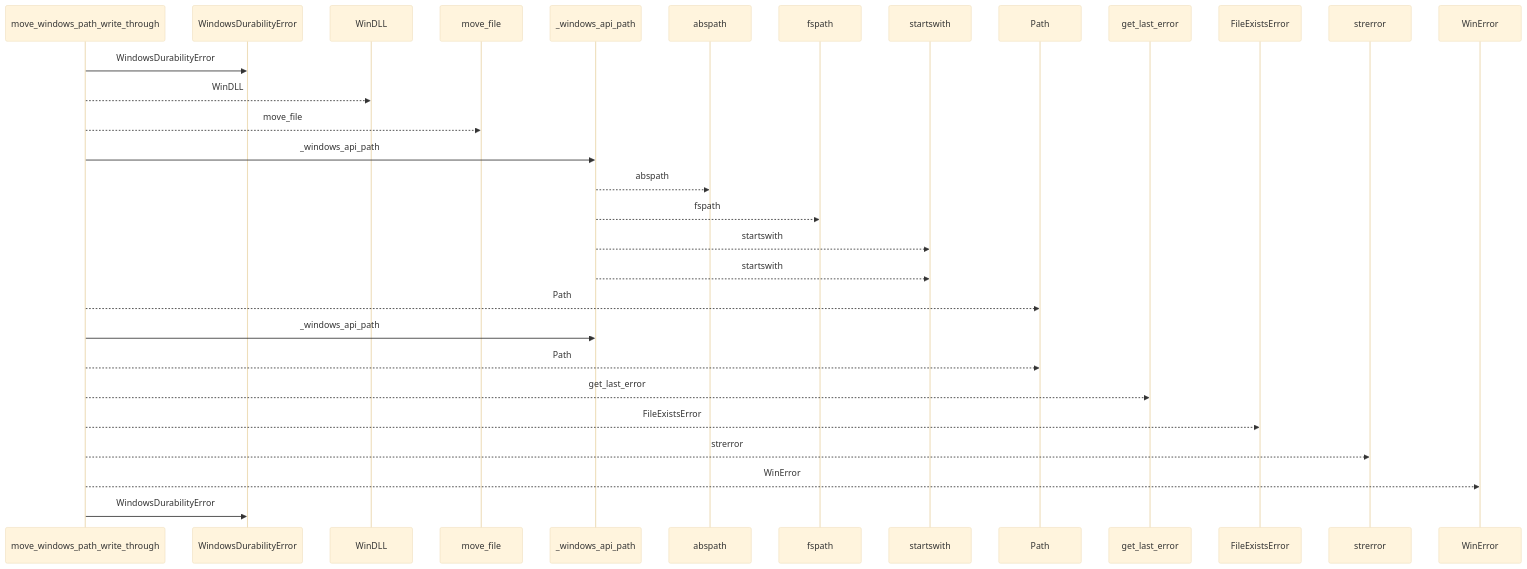
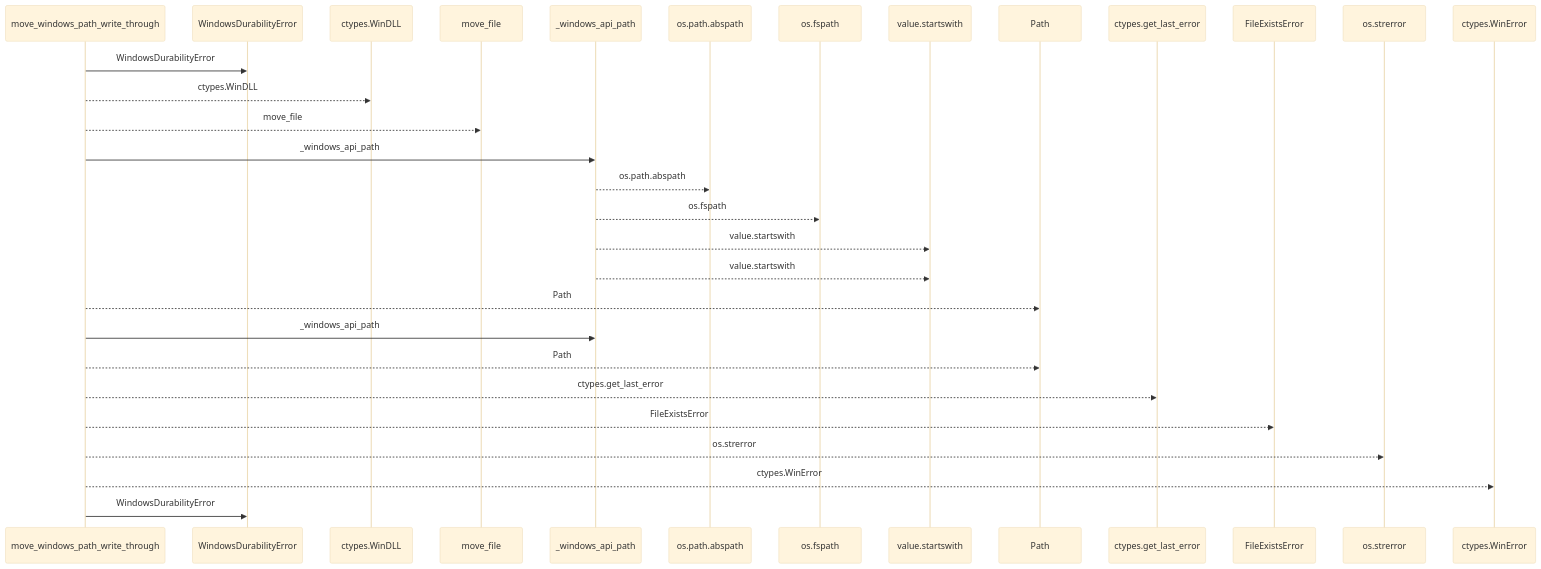
One commit to Denissvgn/python-wiki-llm changed the first of 2 diagrams in docs/llm_wiki/flows/api-move_windows_path_write_through.md. Above: the diagram before and after it, drawn with Mermaid (base theme). The commit also changed other lines of this file and 719 other files, not shown here.

````diff
--- a/docs/llm_wiki/flows/api-move_windows_path_write_through.md
+++ b/docs/llm_wiki/flows/api-move_windows_path_write_through.md
@@ -10,32 +10,32 @@
 ```mermaid
 sequenceDiagram
     participant p0 as move_windows_path_write_through
     participant p1 as WindowsDurabilityError
-    participant p2 as WinDLL
+    participant p2 as ctypes.WinDLL
     participant p3 as move_file
     participant p4 as _windows_api_path
-    participant p5 as abspath
-    participant p6 as fspath
-    participant p7 as startswith
+    participant p5 as os.path.abspath
+    participant p6 as os.fspath
+    participant p7 as value.startswith
     participant p8 as Path
-    participant p9 as get_last_error
+    participant p9 as ctypes.get_last_error
     participant p10 as FileExistsError
-    participant p11 as strerror
-    participant p12 as WinError
+    participant p11 as os.strerror
+    participant p12 as ctypes.WinError
     p0->>p1: WindowsDurabilityError
-    p0-->>p2: WinDLL
+    p0-->>p2: ctypes.WinDLL
     p0-->>p3: move_file
     p0->>p4: _windows_api_path
-    p4-->>p5: abspath
-    p4-->>p6: fspath
-    p4-->>p7: startswith
-    p4-->>p7: startswith
+    p4-->>p5: os.path.abspath
+    p4-->>p6: os.fspath
+    p4-->>p7: value.startswith
+    p4-->>p7: value.startswith
     p0-->>p8: Path
     p0->>p4: _windows_api_path
     p0-->>p8: Path
-    p0-->>p9: get_last_error
+    p0-->>p9: ctypes.get_last_error
     p0-->>p10: FileExistsError
-    p0-->>p11: strerror
-    p0-->>p12: WinError
+    p0-->>p11: os.strerror
+    p0-->>p12: ctypes.WinError
     p0->>p1: WindowsDurabilityError
 ```
````
